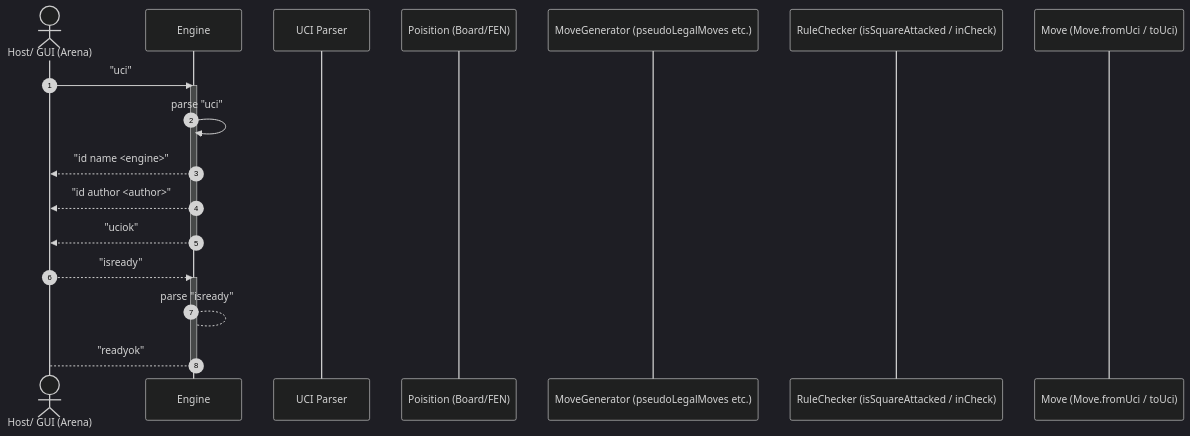
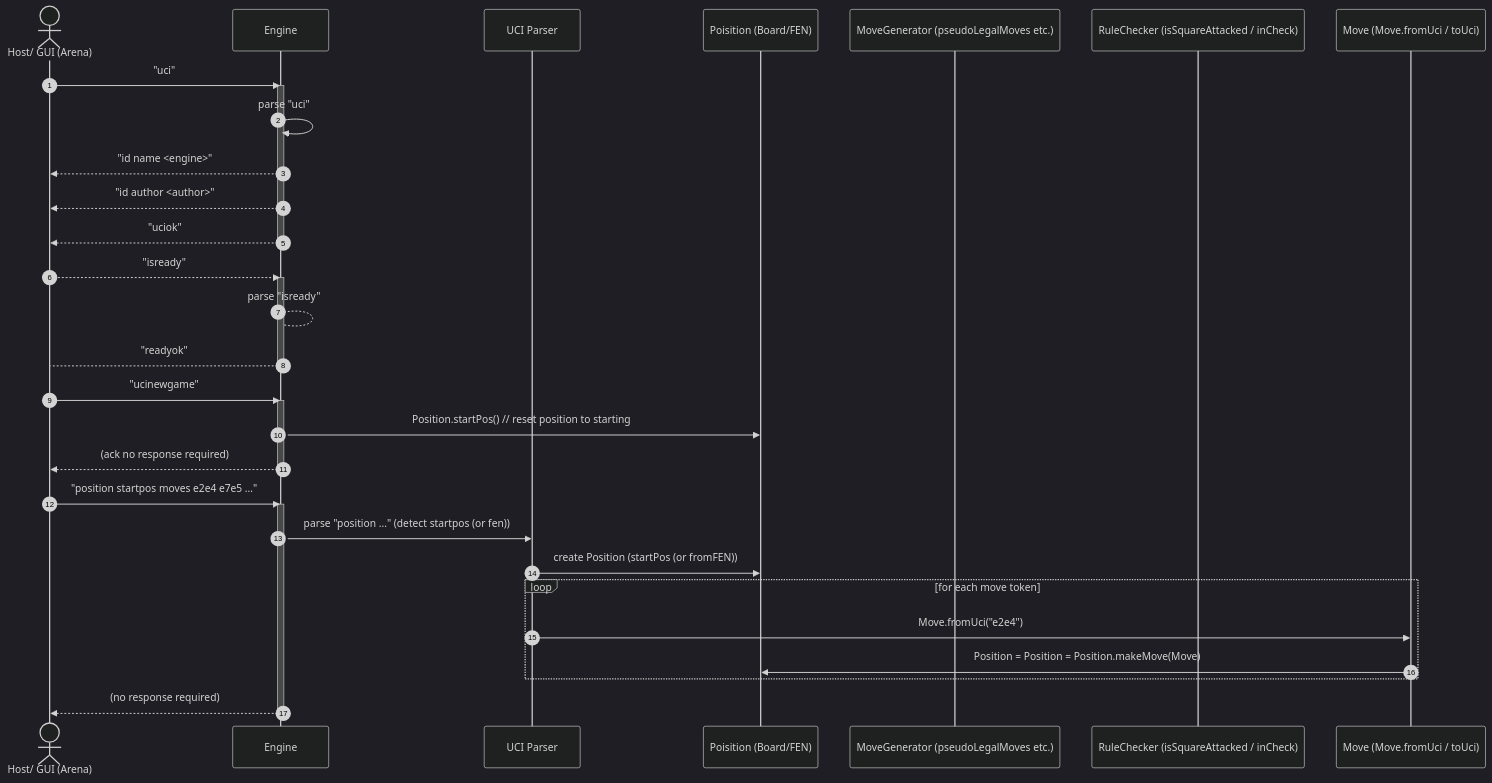
Before and after one commit to mnavarrete347/ChessGPT4: the diagram in README.md, drawn with Mermaid (dark theme).

````diff
--- a/README.md
+++ b/README.md
@@ -6,29 +6,43 @@
 ```mermaid
 sequenceDiagram
     autonumber
     actor Host as Host/ GUI (Arena)
     participant Engine as Engine
     participant Parser as UCI Parser
     participant Position as Poisition (Board/FEN)
     participant MoveGen as MoveGenerator (pseudoLegalMoves etc.)
     participant Rule as RuleChecker (isSquareAttacked / inCheck)
     participant MoveObj as Move (Move.fromUci / toUci)
 
     
     Host ->> Engine: "uci"
     activate Engine
     Engine ->> Engine: parse "uci"
     Engine -->> Host: "id name <engine>"
     Engine -->> Host: "id author <author>"
     Engine -->> Host: "uciok"
     deactivate Engine
     Host -->> Engine: "isready"
     activate Engine
     Engine --> Engine: parse "isready"
     Engine --> Host: "readyok"
     deactivate Engine
 
+    Host ->> Engine: "ucinewgame"
+    activate Engine
+    Engine ->> Position: Position.startPos() // reset position to starting
+    Engine -->> Host: (ack no response required)
+    deactivate Engine
 
-
+    Host ->> Engine: "position startpos moves e2e4 e7e5 ..."
+    activate Engine
+    Engine ->> Parser: parse "position ..." (detect startpos (or fen))
+    Parser ->> Position: create Position (startPos (or fromFEN))
+    loop for each move token
+        Parser ->> MoveObj: Move.fromUci("e2e4")
+        MoveObj ->> Position: Position = Position = Position.makeMove(Move)
+    end
+    Engine -->> Host: (no response required)
+    deactivate Engine
 
 ```
````
